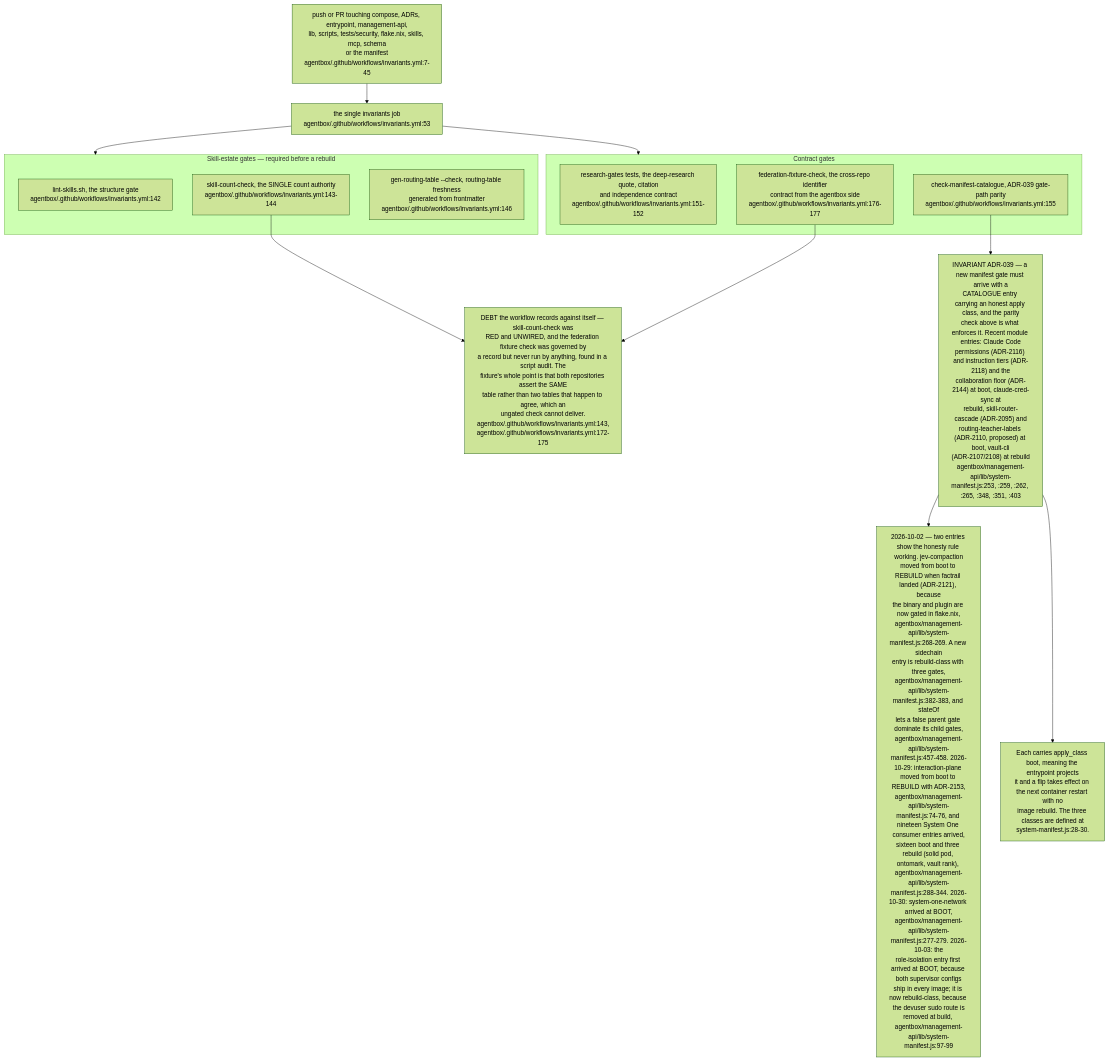
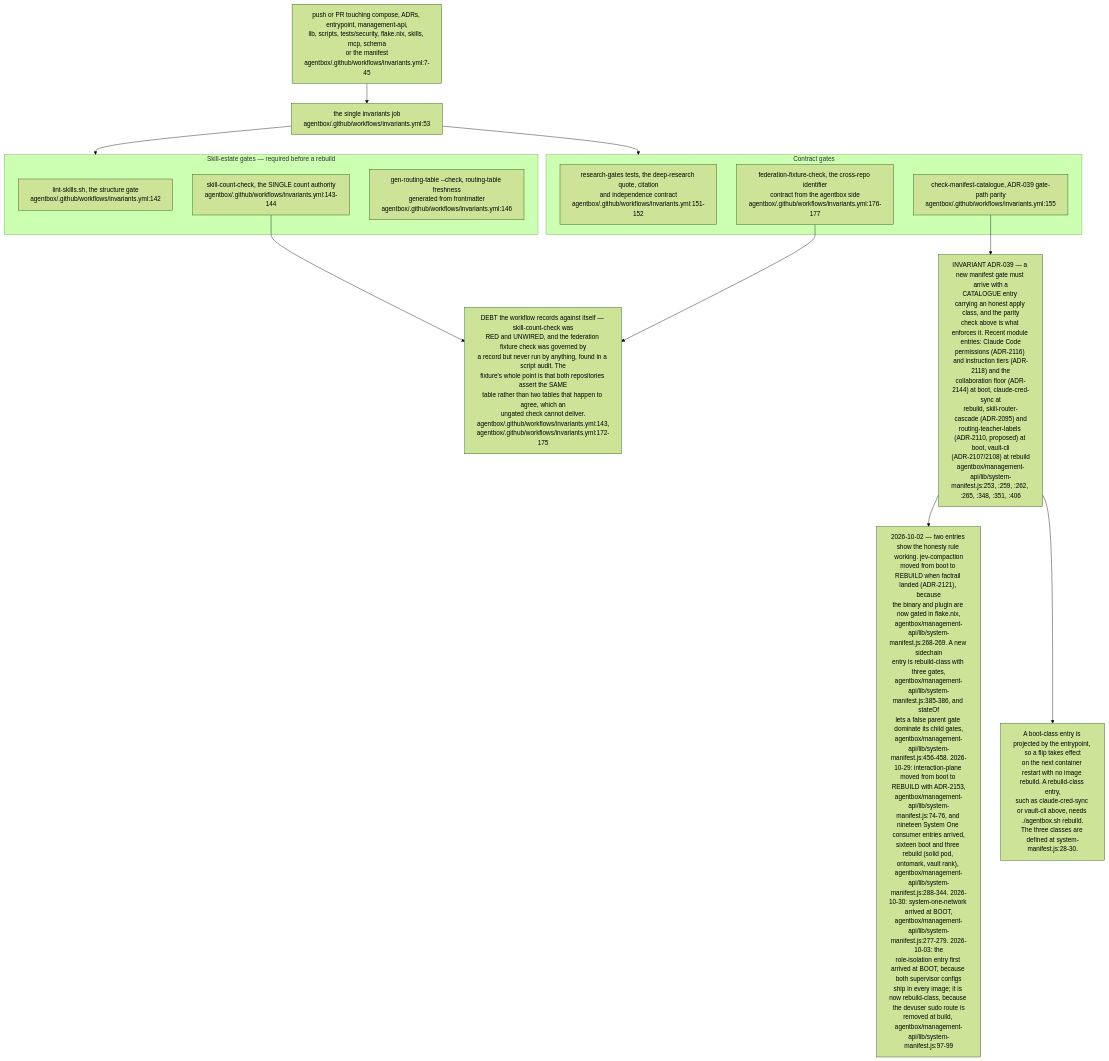
Diagram 22 of 24 in docs/diagrams/estate/09-build-deploy-and-ci-estate.md (DreamLab-AI/VisionFlow), drawn with Mermaid (forest theme) before and after one commit. The commit also changed other lines of this file and 91 other files, not shown here.

First line of the commit message:
docs(audit): estate audit wave 2, every repository except agentbox and VisionClaw

````diff
--- a/docs/diagrams/estate/09-build-deploy-and-ci-estate.md
+++ b/docs/diagrams/estate/09-build-deploy-and-ci-estate.md
@@ -762,32 +788,32 @@
 ```mermaid
 flowchart TB
     TRIG["push or PR touching compose, ADRs, entrypoint, management-api,<br/>lib, scripts, tests/security, flake.nix, skills, mcp, schema<br/>or the manifest<br/>agentbox/.github/workflows/invariants.yml:7-45"]
     JOB["the single invariants job<br/>agentbox/.github/workflows/invariants.yml:53"]
     TRIG --> JOB
 
     subgraph SKILLS["Skill-estate gates — required before a rebuild"]
         S1["lint-skills.sh, the structure gate<br/>agentbox/.github/workflows/invariants.yml:142"]
         S2["skill-count-check, the SINGLE count authority<br/>agentbox/.github/workflows/invariants.yml:143-144"]
         S3["gen-routing-table --check, routing-table freshness<br/>generated from frontmatter<br/>agentbox/.github/workflows/invariants.yml:146"]
     end
     JOB --> SKILLS
 
     subgraph CONTRACT["Contract gates"]
         C1["research-gates tests, the deep-research quote, citation<br/>and independence contract<br/>agentbox/.github/workflows/invariants.yml:151-152"]
         C2["check-manifest-catalogue, ADR-039 gate-path parity<br/>agentbox/.github/workflows/invariants.yml:155"]
         C3["federation-fixture-check, the cross-repo identifier<br/>contract from the agentbox side<br/>agentbox/.github/workflows/invariants.yml:176-177"]
     end
     JOB --> CONTRACT
 
     DEBT["DEBT the workflow records against itself — skill-count-check was<br/>RED and UNWIRED, and the federation fixture check was governed by<br/>a record but never run by anything, found in a script audit. The<br/>fixture's whole point is that both repositories assert the SAME<br/>table rather than two tables that happen to agree, which an<br/>ungated check cannot deliver.<br/>agentbox/.github/workflows/invariants.yml:143,<br/>agentbox/.github/workflows/invariants.yml:172-175"]
     S2 --> DEBT
     C3 --> DEBT
 
-    CAT["INVARIANT ADR-039 — a new manifest gate must arrive with a<br/>CATALOGUE entry carrying an honest apply class, and the parity<br/>check above is what enforces it. Recent module entries: Claude Code<br/>permissions (ADR-2116) and instruction tiers (ADR-2118) and the<br/>collaboration floor (ADR-2144) at boot, claude-cred-sync at<br/>rebuild, skill-router-cascade (ADR-2095) and<br/>routing-teacher-labels (ADR-2110, proposed) at boot, vault-cli<br/>(ADR-2107/2108) at rebuild<br/>agentbox/management-api/lib/system-manifest.js:253, :259, :262, :265, :348, :351, :403"]
-    HONEST["2026-10-02 — two entries show the honesty rule working. jev-compaction<br/>moved from boot to REBUILD when factrail landed (ADR-2121), because<br/>the binary and plugin are now gated in flake.nix,<br/>agentbox/management-api/lib/system-manifest.js:268-269. A new sidechain<br/>entry is rebuild-class with three gates,<br/>agentbox/management-api/lib/system-manifest.js:382-383, and stateOf<br/>lets a false parent gate dominate its child gates,<br/>agentbox/management-api/lib/system-manifest.js:457-458. 2026-10-29: interaction-plane moved from boot to REBUILD with ADR-2153,<br/>agentbox/management-api/lib/system-manifest.js:74-76, and nineteen System One consumer entries arrived,<br/>sixteen boot and three rebuild (solid pod, ontomark, vault rank), agentbox/management-api/lib/system-manifest.js:288-344. 2026-10-30: system-one-network arrived at BOOT,<br/>agentbox/management-api/lib/system-manifest.js:277-279. 2026-10-03: the<br/>role-isolation entry first arrived at BOOT, because both supervisor configs<br/>ship in every image; it is now rebuild-class, because the devuser sudo route is<br/>removed at build, agentbox/management-api/lib/system-manifest.js:97-99"]
+    CAT["INVARIANT ADR-039 — a new manifest gate must arrive with a<br/>CATALOGUE entry carrying an honest apply class, and the parity<br/>check above is what enforces it. Recent module entries: Claude Code<br/>permissions (ADR-2116) and instruction tiers (ADR-2118) and the<br/>collaboration floor (ADR-2144) at boot, claude-cred-sync at<br/>rebuild, skill-router-cascade (ADR-2095) and<br/>routing-teacher-labels (ADR-2110, proposed) at boot, vault-cli<br/>(ADR-2107/2108) at rebuild<br/>agentbox/management-api/lib/system-manifest.js:253, :259, :262, :265, :348, :351, :406"]
+    HONEST["2026-10-02 — two entries show the honesty rule working. jev-compaction<br/>moved from boot to REBUILD when factrail landed (ADR-2121), because<br/>the binary and plugin are now gated in flake.nix,<br/>agentbox/management-api/lib/system-manifest.js:268-269. A new sidechain<br/>entry is rebuild-class with three gates,<br/>agentbox/management-api/lib/system-manifest.js:385-386, and stateOf<br/>lets a false parent gate dominate its child gates,<br/>agentbox/management-api/lib/system-manifest.js:456-458. 2026-10-29: interaction-plane moved from boot to REBUILD with ADR-2153,<br/>agentbox/management-api/lib/system-manifest.js:74-76, and nineteen System One consumer entries arrived,<br/>sixteen boot and three rebuild (solid pod, ontomark, vault rank), agentbox/management-api/lib/system-manifest.js:288-344. 2026-10-30: system-one-network arrived at BOOT,<br/>agentbox/management-api/lib/system-manifest.js:277-279. 2026-10-03: the<br/>role-isolation entry first arrived at BOOT, because both supervisor configs<br/>ship in every image; it is now rebuild-class, because the devuser sudo route is<br/>removed at build, agentbox/management-api/lib/system-manifest.js:97-99"]
     CAT --> HONEST
     C2 --> CAT
 
-    CLASS["Each carries apply_class boot, meaning the entrypoint projects<br/>it and a flip takes effect on the next container restart with no<br/>image rebuild. The three classes are defined at<br/>system-manifest.js:28-30."]
+    CLASS["A boot-class entry is projected by the entrypoint, so a flip takes effect<br/>on the next container restart with no image rebuild. A rebuild-class entry,<br/>such as claude-cred-sync or vault-cli above, needs ./agentbox.sh rebuild.<br/>The three classes are defined at system-manifest.js:28-30."]
     CAT --> CLASS
 ```
````
